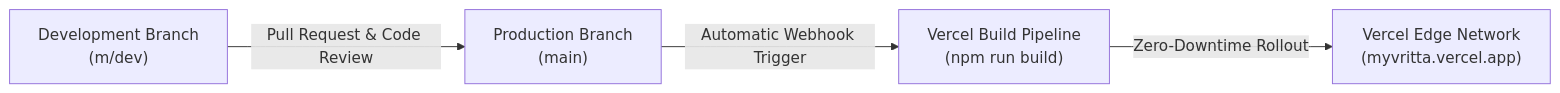
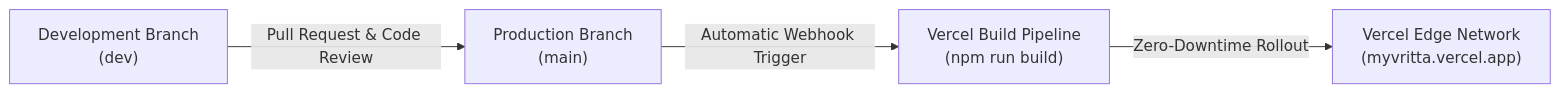
The diagram in docs/deployment.md (manishborikar92/Regimen), drawn with Mermaid before and after one commit. The commit also changed other lines of this file and 3 other files, not shown here.

First line of the commit message:
docs: Update Git branch naming from m/dev to dev across all documentation

````diff
--- a/docs/deployment.md
+++ b/docs/deployment.md
@@ -18,6 +18,6 @@
 ```mermaid
 flowchart LR
-    DevBranch["Development Branch<br/>(m/dev)"] -->|Pull Request & Code Review| MainBranch["Production Branch<br/>(main)"]
+    DevBranch["Development Branch<br/>(dev)"] -->|Pull Request & Code Review| MainBranch["Production Branch<br/>(main)"]
     MainBranch -->|Automatic Webhook Trigger| VercelCI["Vercel Build Pipeline<br/>(npm run build)"]
     VercelCI -->|Zero-Downtime Rollout| EdgeProd["Vercel Edge Network<br/>(myvritta.vercel.app)"]
 ```
````
